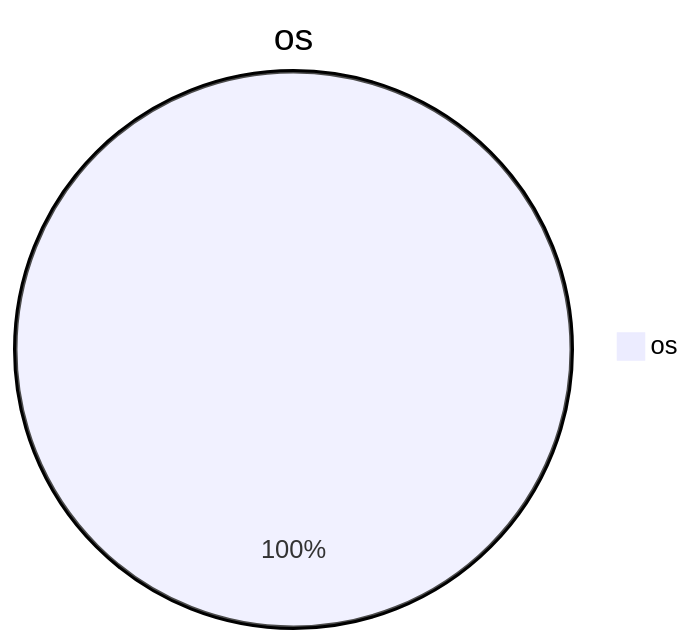
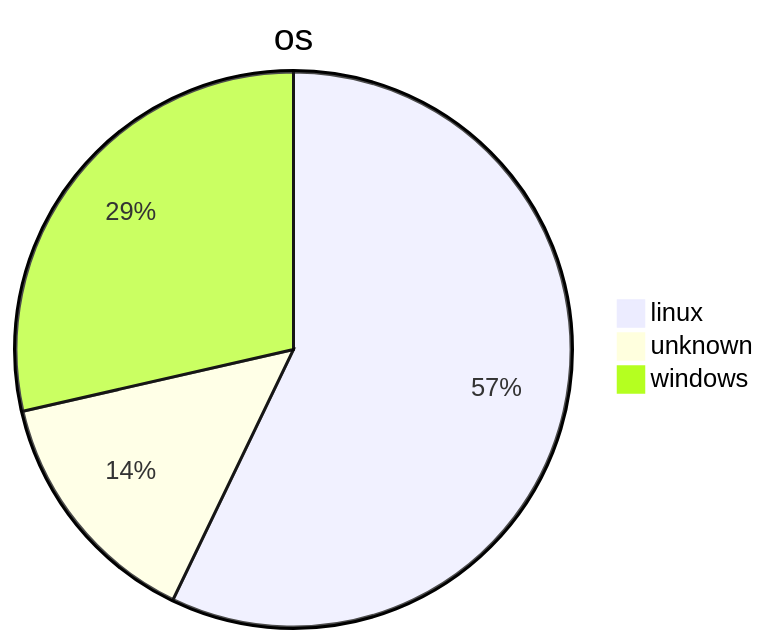
Before and after one commit to vtougne/jtable: the diagram in testings/test.md, drawn with Mermaid. The commit also changed 2 other files, not shown here.

````diff
--- a/testings/test.md
+++ b/testings/test.md
@@ -1,6 +1,7 @@
 ```mermaid
   pie
       title os
-      "os" : 4
-      "os" : 3
+      "linux" : 4
+      "unknown" : 1
+      "windows" : 2
 ```
````
